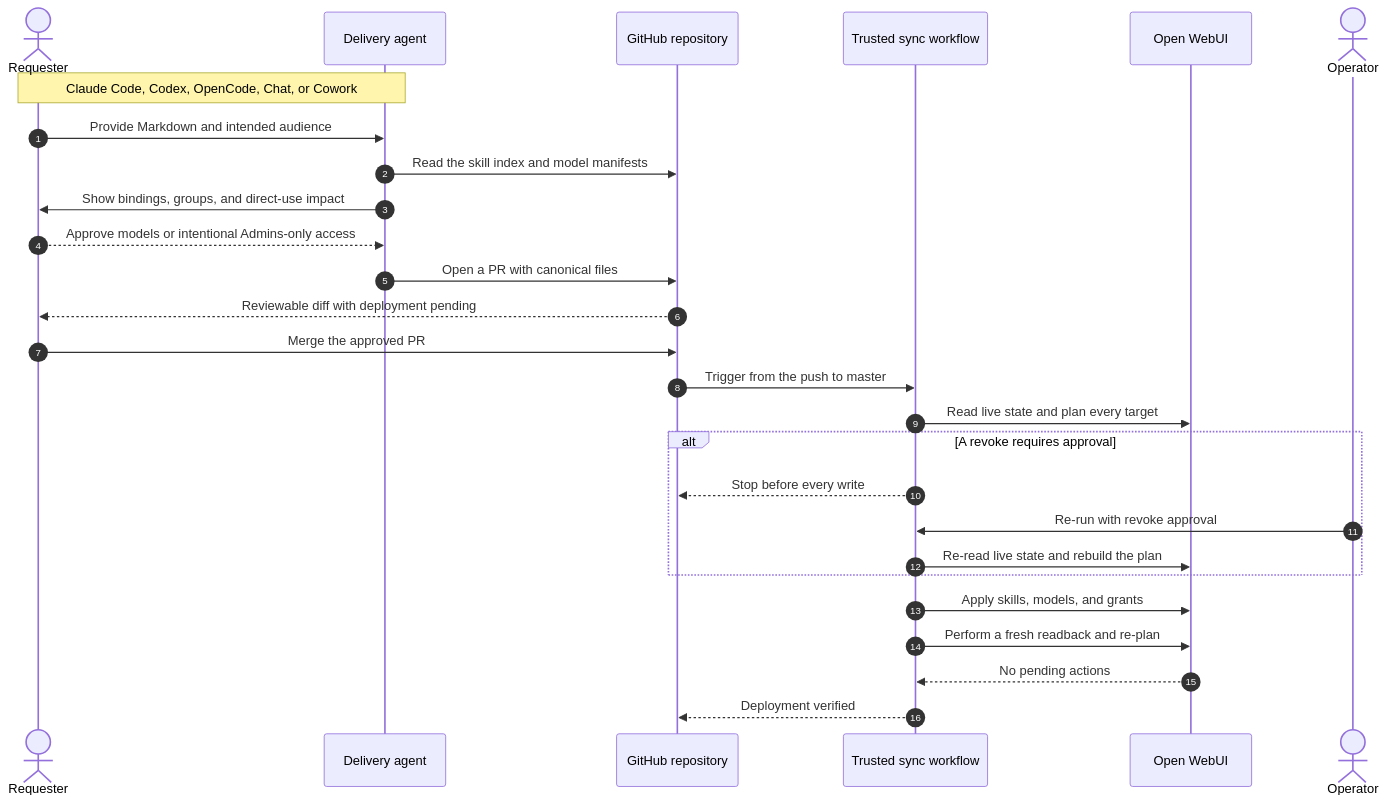
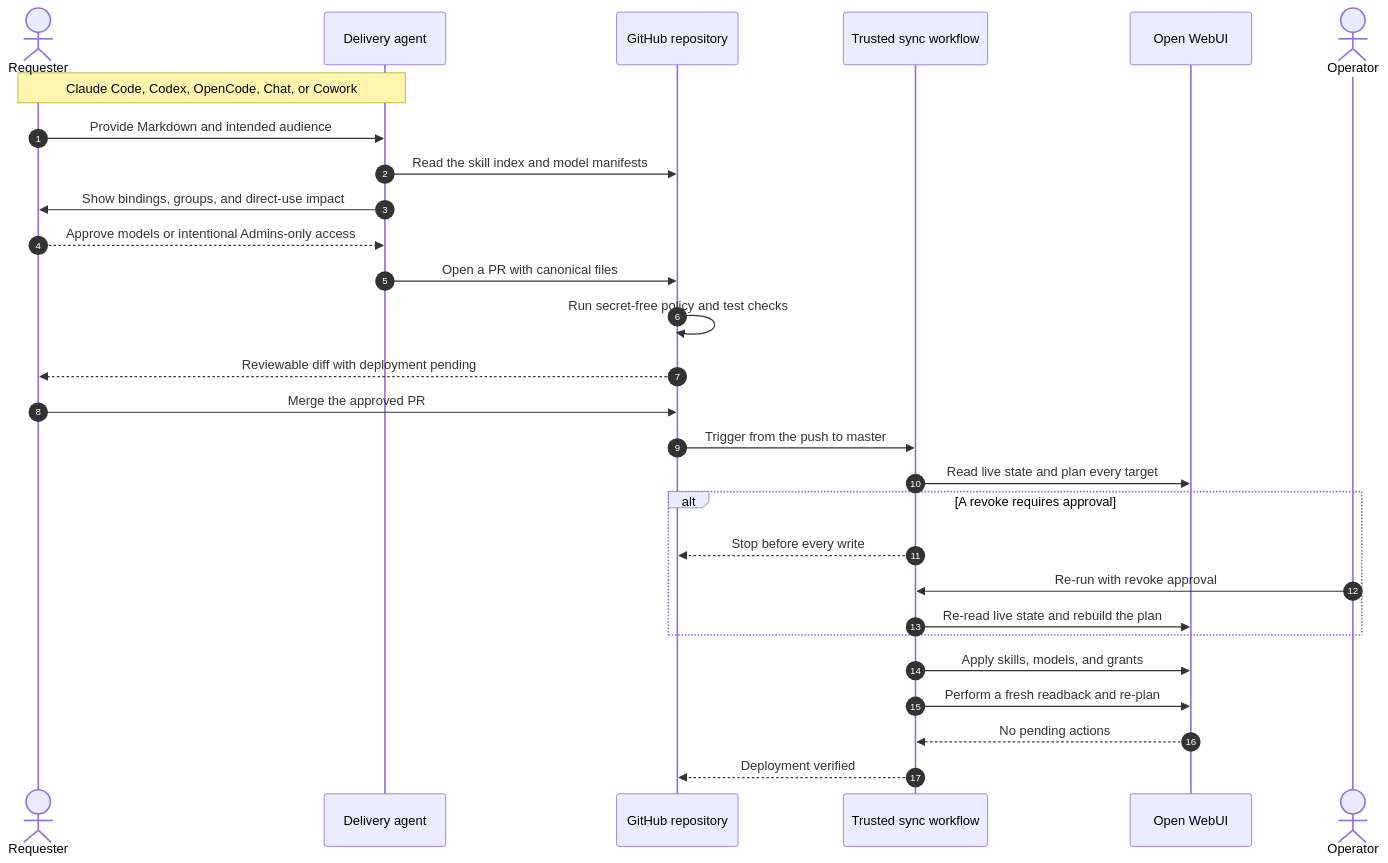
Before and after one commit to allenlin90/eridu-services: the diagram in .agents/workflows/openwebui-sync-delivery.md, drawn with Mermaid. The commit also changed other lines of this file and 10 other files, not shown here.

````diff
--- a/.agents/workflows/openwebui-sync-delivery.md
+++ b/.agents/workflows/openwebui-sync-delivery.md
@@ -12,30 +12,31 @@
 ```mermaid
 sequenceDiagram
     autonumber
     actor Requester
     participant Agent as Delivery agent
     participant Repo as GitHub repository
     participant Sync as Trusted sync workflow
     participant WebUI as Open WebUI
     actor Operator
 
     Note over Requester,Agent: Claude Code, Codex, OpenCode, Chat, or Cowork
     Requester->>Agent: Provide Markdown and intended audience
     Agent->>Repo: Read the skill index and model manifests
     Agent->>Requester: Show bindings, groups, and direct-use impact
     Requester-->>Agent: Approve models or intentional Admins-only access
     Agent->>Repo: Open a PR with canonical files
+    Repo->>Repo: Run secret-free policy and test checks
     Repo-->>Requester: Reviewable diff with deployment pending
     Requester->>Repo: Merge the approved PR
     Repo->>Sync: Trigger from the push to master
     Sync->>WebUI: Read live state and plan every target
     alt A revoke requires approval
         Sync-->>Repo: Stop before every write
         Operator->>Sync: Re-run with revoke approval
         Sync->>WebUI: Re-read live state and rebuild the plan
     end
     Sync->>WebUI: Apply skills, models, and grants
     Sync->>WebUI: Perform a fresh readback and re-plan
     WebUI-->>Sync: No pending actions
     Sync-->>Repo: Deployment verified
 ```
````
